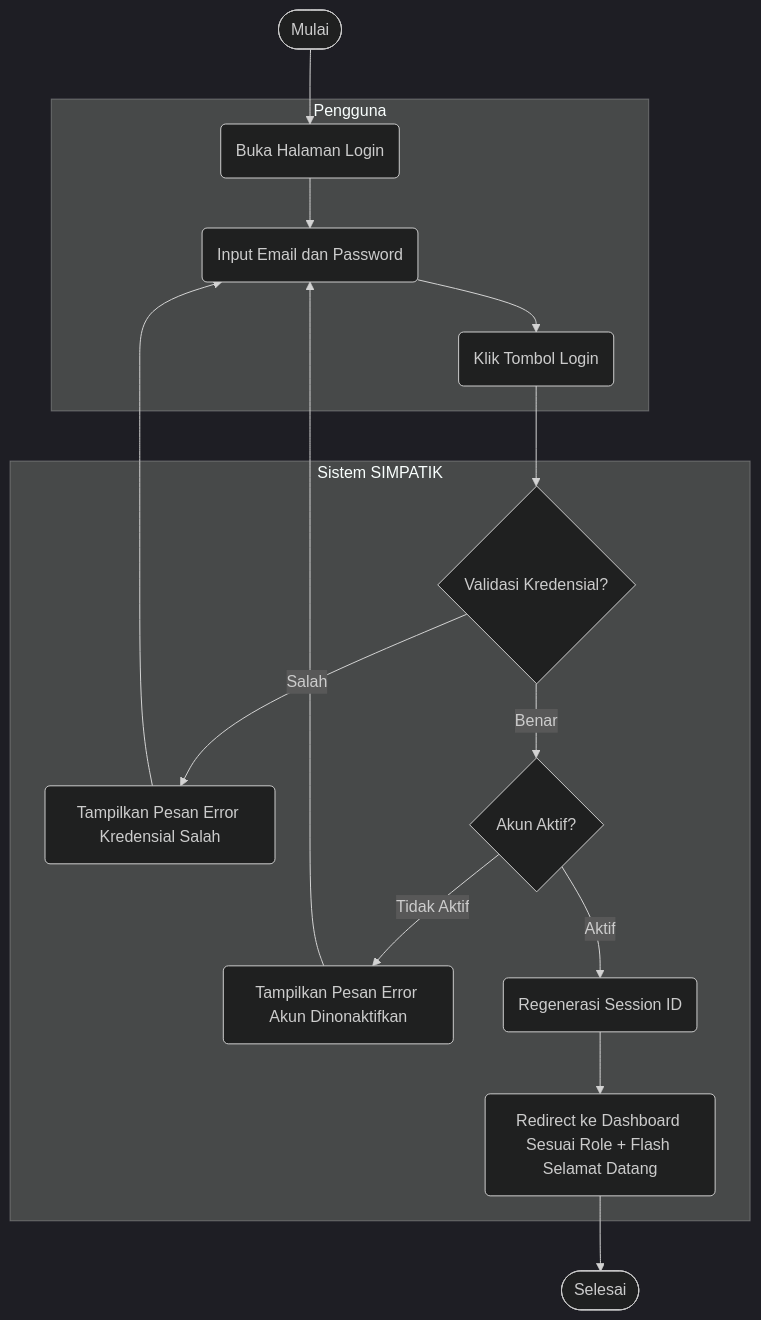
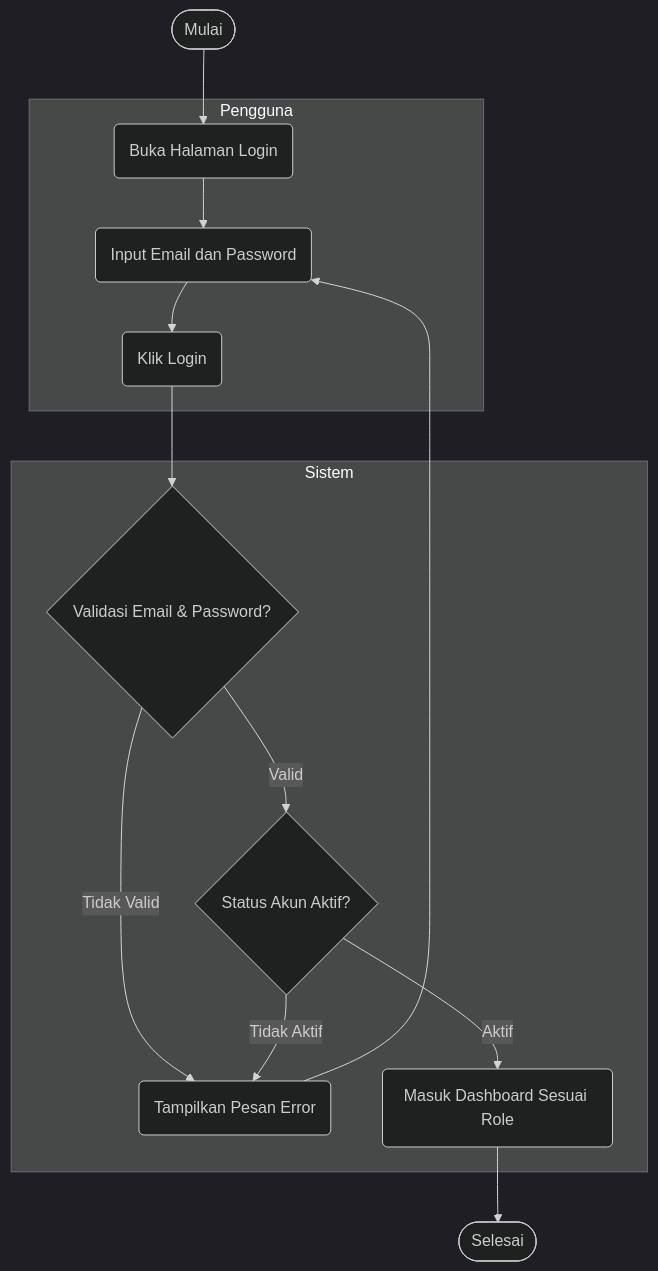
Before and after one commit to wahyu2021/SIMPATIK: the first of 14 diagrams in laporan_activity_diagram.md, drawn with Mermaid (dark theme). The commit also changed other lines of this file and 34 other files, not shown here.

````diff
--- a/laporan_activity_diagram.md
+++ b/laporan_activity_diagram.md
@@ -22,36 +22,32 @@
 ```mermaid
 flowchart TD
     Start([Mulai])
     End([Selesai])
 
-    subgraph Pengguna [Pengguna]
+    subgraph Pengguna
         A(Buka Halaman Login)
         B(Input Email dan Password)
-        C(Klik Tombol Login)
+        C(Klik Login)
     end
 
-    subgraph Sistem [Sistem SIMPATIK]
-        D{Validasi Kredensial?}
-        E(Tampilkan Pesan Error Kredensial Salah)
-        F{Akun Aktif?}
-        G(Tampilkan Pesan Error Akun Dinonaktifkan)
-        H(Regenerasi Session ID)
-        I(Redirect ke Dashboard Sesuai Role + Flash Selamat Datang)
+    subgraph Sistem
+        D{Validasi Email & Password?}
+        E(Tampilkan Pesan Error)
+        F{Status Akun Aktif?}
+        G(Masuk Dashboard Sesuai Role)
     end
 
     Start --> A
     A --> B
     B --> C
     C --> D
 
-    D -- Salah --> E
+    D -- Tidak Valid --> E
     E --> B
 
-    D -- Benar --> F
-    F -- Tidak Aktif --> G
-    G --> B
-
-    F -- Aktif --> H
-    H --> I
-    I --> End
+    D -- Valid --> F
+    F -- Tidak Aktif --> E
+    
+    F -- Aktif --> G
+    G --> End
 ```
````
